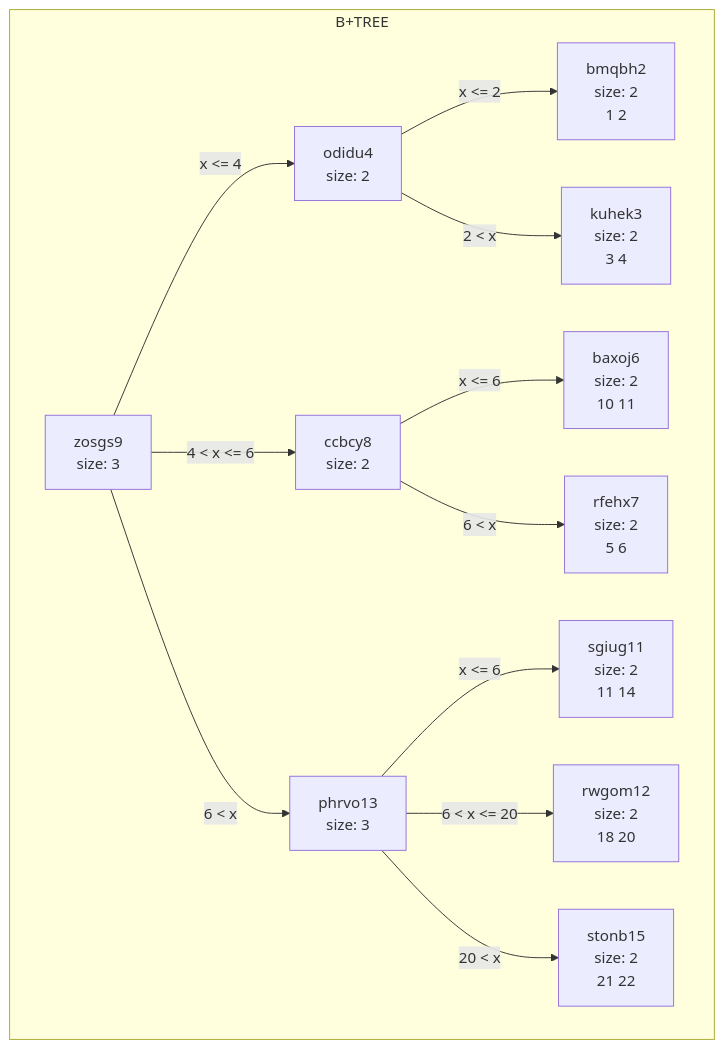
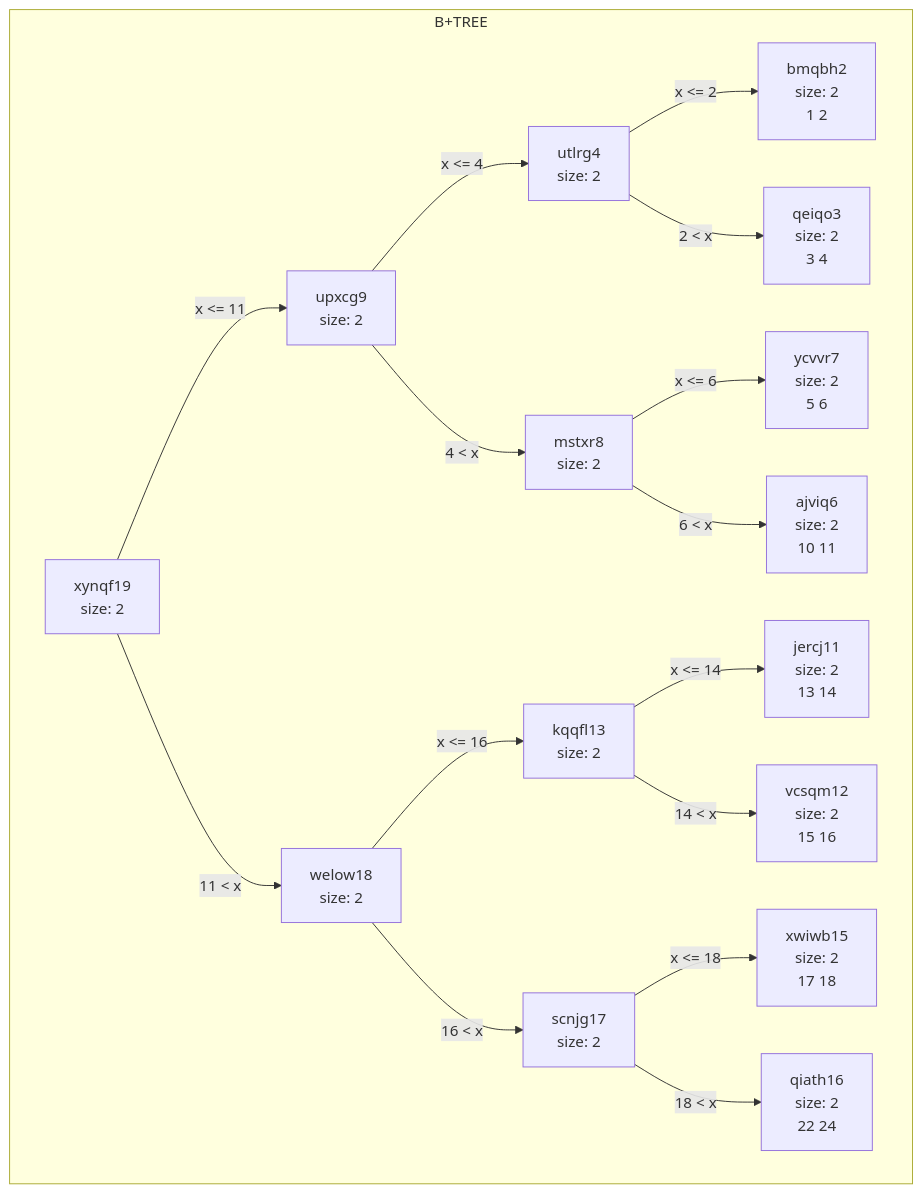
Before and after one commit to shiridikumar/phase1_dup: the first of 2 diagrams in data/chart.md, drawn with Mermaid. The commit also changed other lines of this file and 34 other files, not shown here.

````diff
--- a/data/chart.md
+++ b/data/chart.md
@@ -1,26 +1,34 @@
 ```mermaid
 graph TD
 subgraph B+TREE
-zosgs9[zosgs9<br/>size: 3<br/>]
-odidu4[odidu4<br/>size: 2<br/>]
+xynqf19[xynqf19<br/>size: 2<br/>]
+upxcg9[upxcg9<br/>size: 2<br/>]
+utlrg4[utlrg4<br/>size: 2<br/>]
 bmqbh2[bmqbh2<br/>size: 2<br/>1 2 ]
-odidu4-->|x <= 2|bmqbh2
-kuhek3[kuhek3<br/>size: 2<br/>3 4 ]
-odidu4-->|2 < x|kuhek3
-zosgs9-->|x <= 4|odidu4
-ccbcy8[ccbcy8<br/>size: 2<br/>]
-baxoj6[baxoj6<br/>size: 2<br/>10 11 ]
-ccbcy8-->|x <= 6|baxoj6
-rfehx7[rfehx7<br/>size: 2<br/>5 6 ]
-ccbcy8-->|6 < x|rfehx7
-zosgs9-->|4 < x <= 6|ccbcy8
-phrvo13[phrvo13<br/>size: 3<br/>]
-sgiug11[sgiug11<br/>size: 2<br/>11 14 ]
-phrvo13-->|x <= 6|sgiug11
-rwgom12[rwgom12<br/>size: 2<br/>18 20 ]
-phrvo13-->|6 < x <= 20|rwgom12
-stonb15[stonb15<br/>size: 2<br/>21 22 ]
-phrvo13-->|20 < x|stonb15
-zosgs9-->|6 < x|phrvo13
+utlrg4-->|x <= 2|bmqbh2
+qeiqo3[qeiqo3<br/>size: 2<br/>3 4 ]
+utlrg4-->|2 < x|qeiqo3
+upxcg9-->|x <= 4|utlrg4
+mstxr8[mstxr8<br/>size: 2<br/>]
+ycvvr7[ycvvr7<br/>size: 2<br/>5 6 ]
+mstxr8-->|x <= 6|ycvvr7
+ajviq6[ajviq6<br/>size: 2<br/>10 11 ]
+mstxr8-->|6 < x|ajviq6
+upxcg9-->|4 < x|mstxr8
+xynqf19-->|x <= 11|upxcg9
+welow18[welow18<br/>size: 2<br/>]
+kqqfl13[kqqfl13<br/>size: 2<br/>]
+jercj11[jercj11<br/>size: 2<br/>13 14 ]
+kqqfl13-->|x <= 14|jercj11
+vcsqm12[vcsqm12<br/>size: 2<br/>15 16 ]
+kqqfl13-->|14 < x|vcsqm12
+welow18-->|x <= 16|kqqfl13
+scnjg17[scnjg17<br/>size: 2<br/>]
+xwiwb15[xwiwb15<br/>size: 2<br/>17 18 ]
+scnjg17-->|x <= 18|xwiwb15
+qiath16[qiath16<br/>size: 2<br/>22 24 ]
+scnjg17-->|18 < x|qiath16
+welow18-->|16 < x|scnjg17
+xynqf19-->|11 < x|welow18
 end
 ```
````
